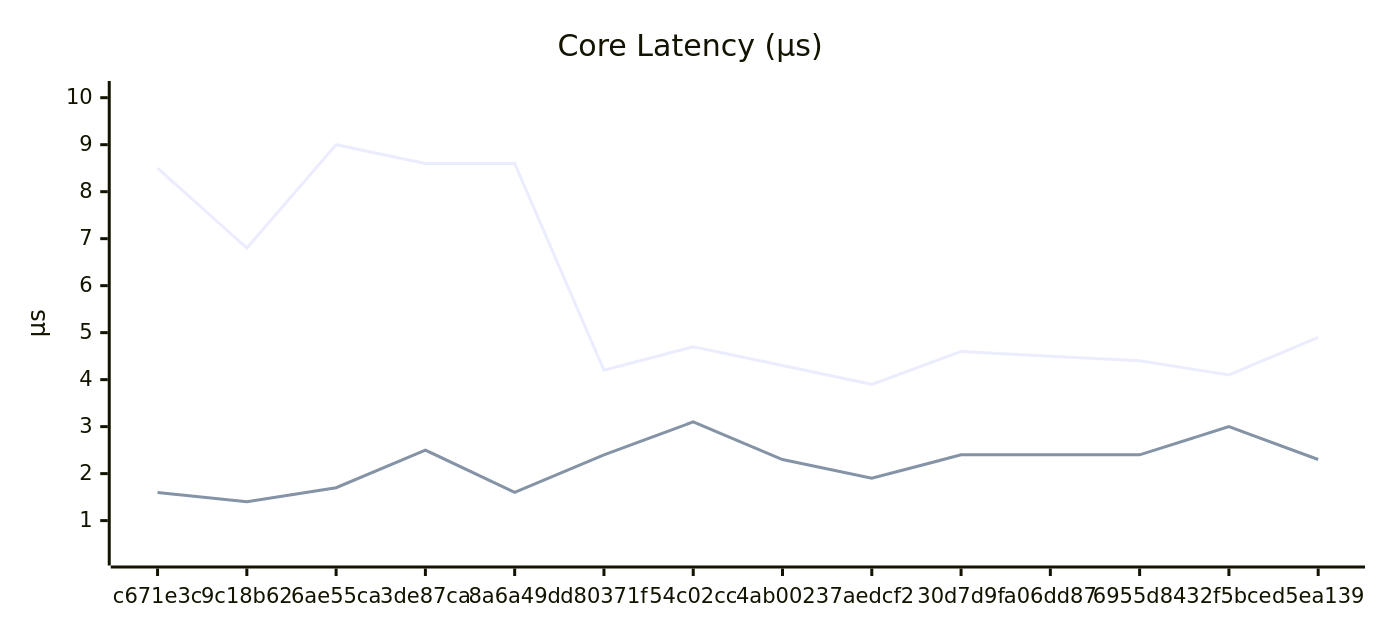
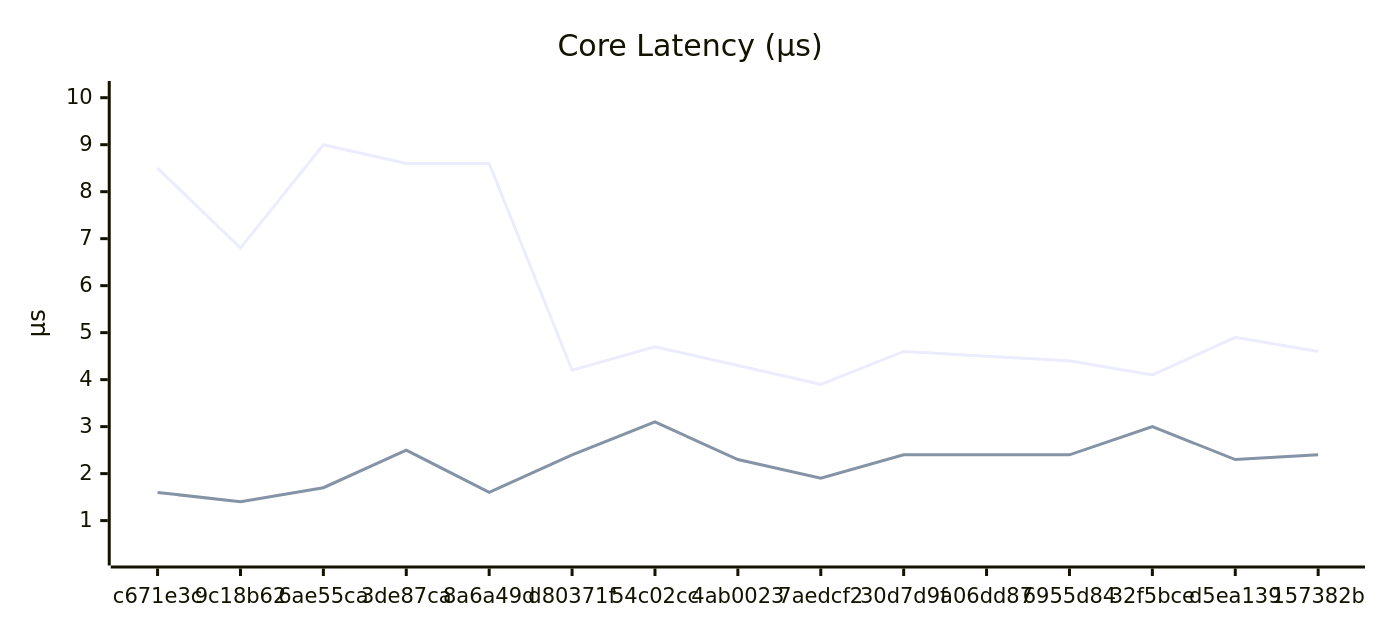
Before and after one commit to Ikolvi/titan: the first of 6 diagrams in docs/BENCHMARKS.md, drawn with Mermaid. The commit also changed other lines of this file, not shown here.

````diff
--- a/docs/BENCHMARKS.md
+++ b/docs/BENCHMARKS.md
@@ -62,15 +63,15 @@
 ```mermaid
 ---
 config:
     xyChart:
         width: 900
         height: 400
         plotColorPalette: "#4e79a7, #f28e2c, #e15759, #76b7b2, #59a14f, #edc949"
 ---
 xychart-beta
     title "Core Latency (µs)"
-    x-axis ["c671e3c", "9c18b62", "6ae55ca", "3de87ca", "8a6a49d", "d80371f", "54c02cc", "4ab0023", "7aedcf2", "30d7d9f", "a06dd87", "6955d84", "32f5bce", "d5ea139"]
+    x-axis ["c671e3c", "9c18b62", "6ae55ca", "3de87ca", "8a6a49d", "d80371f", "54c02cc", "4ab0023", "7aedcf2", "30d7d9f", "a06dd87", "6955d84", "32f5bce", "d5ea139", "157382b"]
     y-axis "µs" 0.3 --> 10.1
-    line [8.5, 6.8, 9.0, 8.6, 8.6, 4.2, 4.7, 4.3, 3.9, 4.6, 4.5, 4.4, 4.1, 4.9]
-    line [1.6, 1.4, 1.7, 2.5, 1.6, 2.4, 3.1, 2.3, 1.9, 2.4, 2.4, 2.4, 3.0, 2.3]
+    line [8.5, 6.8, 9.0, 8.6, 8.6, 4.2, 4.7, 4.3, 3.9, 4.6, 4.5, 4.4, 4.1, 4.9, 4.6]
+    line [1.6, 1.4, 1.7, 2.5, 1.6, 2.4, 3.1, 2.3, 1.9, 2.4, 2.4, 2.4, 3.0, 2.3, 2.4]
 ```
````
